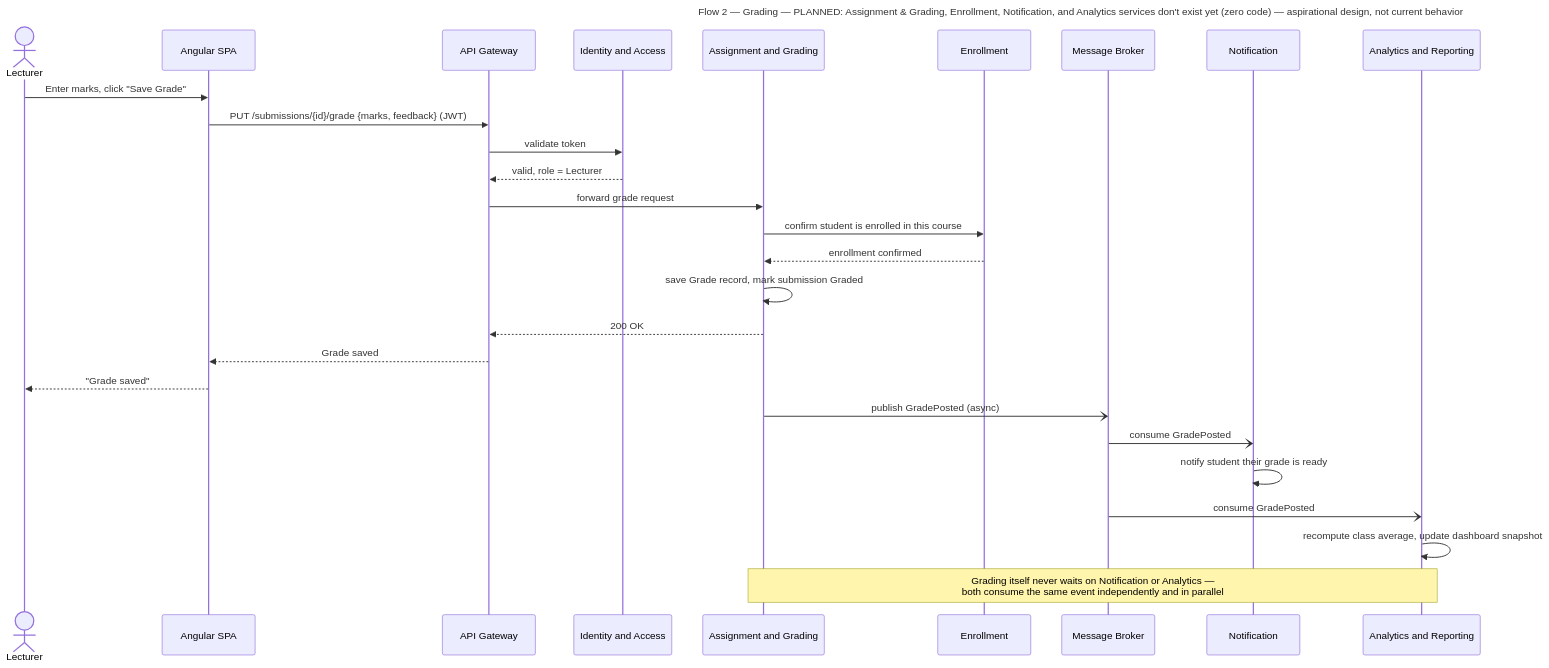
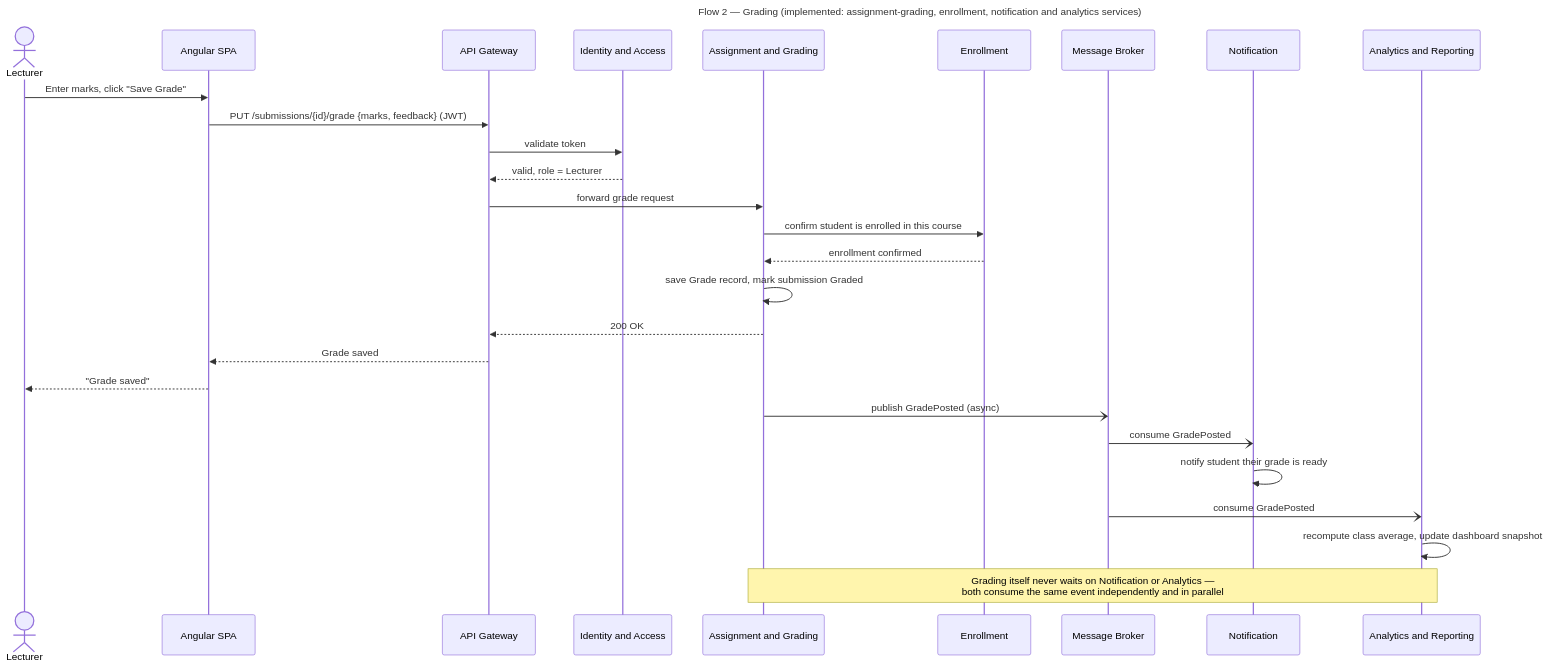
One commit to ESD-ONE/University-Course-Management-System changed the diagram in docs/architecture/flow-02-grading.mmd. Above: the diagram before and after it, drawn with Mermaid. The commit also changed 543 other files, not shown here.

```diff
--- a/docs/architecture/flow-02-grading.mmd
+++ b/docs/architecture/flow-02-grading.mmd
@@ -1,35 +1,35 @@
 ---
-title: "Flow 2 — Grading — PLANNED: Assignment & Grading, Enrollment, Notification, and Analytics services don't exist yet (zero code) — aspirational design, not current behavior"
+title: "Flow 2 — Grading (implemented: assignment-grading, enrollment, notification and analytics services)"
 ---
 sequenceDiagram
     actor Lecturer
     participant Client as Angular SPA
     participant GW as API Gateway
     participant IAM as Identity and Access
     participant GRADE as Assignment and Grading
     participant ENR as Enrollment
     participant MQ as Message Broker
     participant NOTIF as Notification
     participant ANALYTICS as Analytics and Reporting
 
     Lecturer->>Client: Enter marks, click "Save Grade"
     Client->>GW: PUT /submissions/{id}/grade {marks, feedback} (JWT)
     GW->>IAM: validate token
     IAM-->>GW: valid, role = Lecturer
     GW->>GRADE: forward grade request
 
     GRADE->>ENR: confirm student is enrolled in this course
     ENR-->>GRADE: enrollment confirmed
 
     GRADE->>GRADE: save Grade record, mark submission Graded
     GRADE-->>GW: 200 OK
     GW-->>Client: Grade saved
     Client-->>Lecturer: "Grade saved"
 
     GRADE-)MQ: publish GradePosted (async)
     MQ-)NOTIF: consume GradePosted
     NOTIF->>NOTIF: notify student their grade is ready
     MQ-)ANALYTICS: consume GradePosted
     ANALYTICS->>ANALYTICS: recompute class average, update dashboard snapshot
 
     Note over GRADE,ANALYTICS: Grading itself never waits on Notification or Analytics —<br/>both consume the same event independently and in parallel
```
